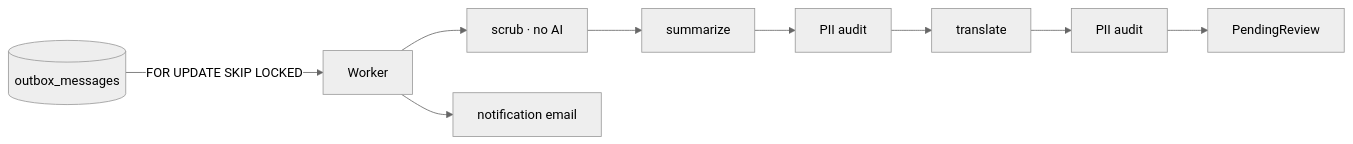
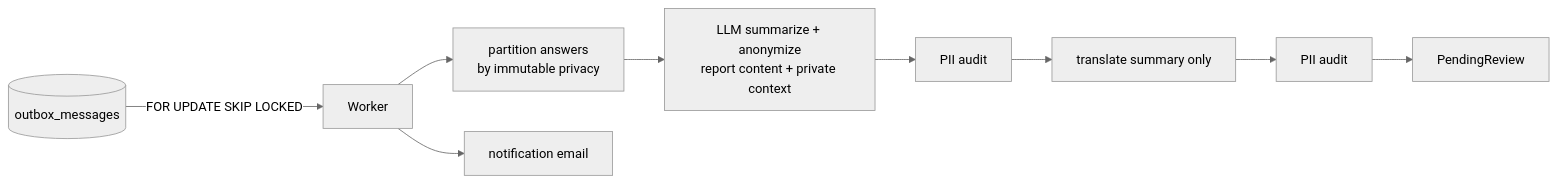
The diagram in src/HpacSafety.Worker/README.md (HPAC-Safety/safety-report), drawn with Mermaid (neutral theme) before and after one commit. The commit also changed other lines of this file and 117 other files, not shown here.

First line of the commit message:
Replace deterministic scrubbing with immutable question privacy (#73)

````diff
--- a/src/HpacSafety.Worker/README.md
+++ b/src/HpacSafety.Worker/README.md
@@ -25,11 +25,11 @@
 ```mermaid
 flowchart LR
     db[("outbox_messages")] -->|"FOR UPDATE SKIP LOCKED"| w["Worker"]
-    w --> s1["scrub · no AI"]
-    s1 --> s2["summarize"]
+    w --> split["partition answers<br/>by immutable privacy"]
+    split --> s2["LLM summarize + anonymize<br/>report content + private context"]
     s2 --> s3["PII audit"]
-    s3 --> s4["translate"]
+    s3 --> s4["translate summary only"]
     s4 --> s5["PII audit"]
     s5 --> rev["PendingReview"]
     w --> mail["notification email"]
 ```
````
